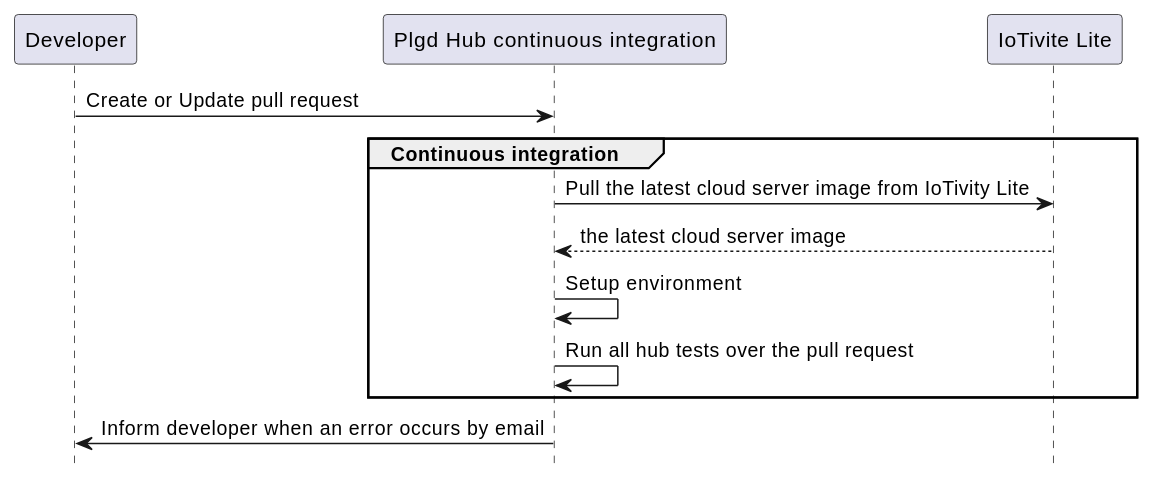
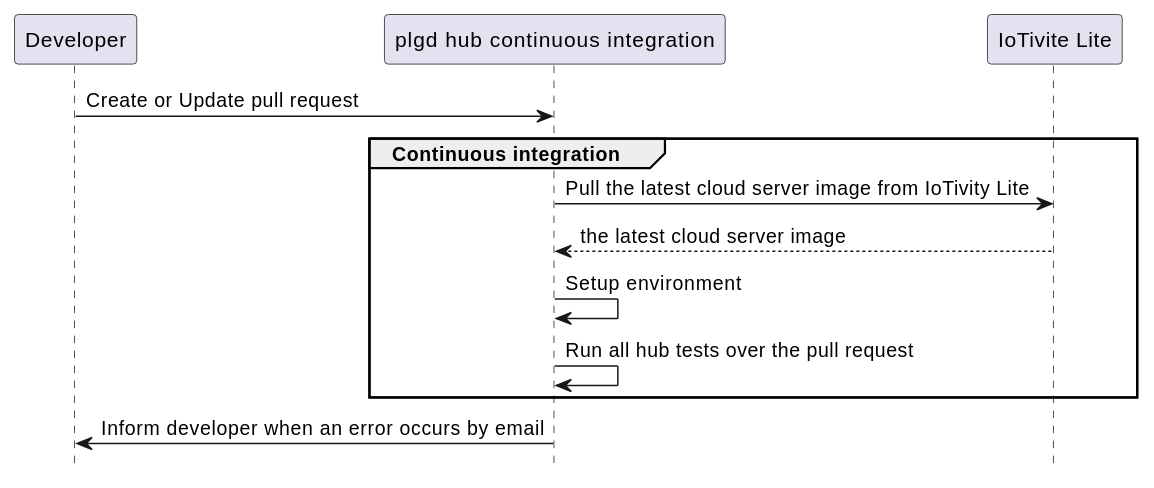
Before and after one commit to plgd-dev/doc: the first of 2 diagrams in content/en/developer-guide/testing.md, drawn with PlantUML. The commit also changed other lines of this file and 41 other files, not shown here.

```diff
--- a/content/en/developer-guide/testing.md
+++ b/content/en/developer-guide/testing.md
@@ -20,19 +20,19 @@
 {{< plantuml id="testing-plgd-hub" >}}
 @startuml
 skinparam backgroundColor transparent
 hide footbox
 
 participant D as "Developer"
-participant CI as "Plgd Hub continuous integration"
+participant CI as "plgd hub continuous integration"
 participant IL as "IoTivite Lite"
 
 D -> CI: Create or Update pull request
 group Continuous integration
     CI -> IL: Pull the latest cloud server image from IoTivity Lite
     return the latest cloud server image
     CI -> CI: Setup environment
     CI -> CI: Run all hub tests over the pull request
 end
 CI -> D: Inform developer when an error occurs by email
 @enduml
 {{< /plantuml >}}
```
